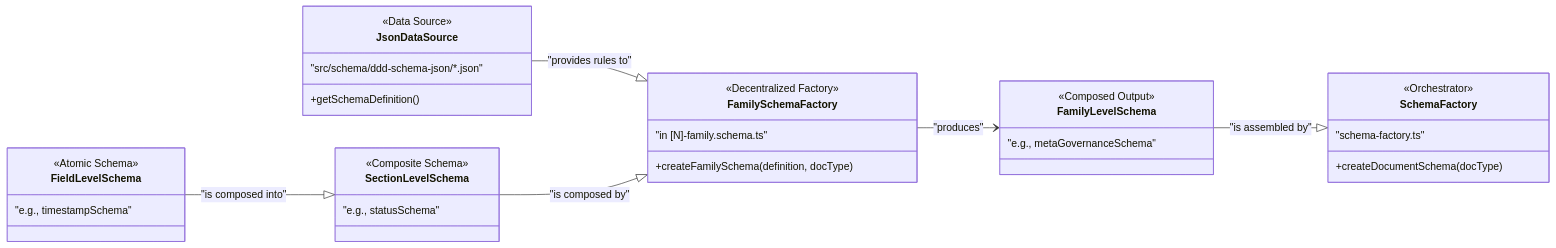
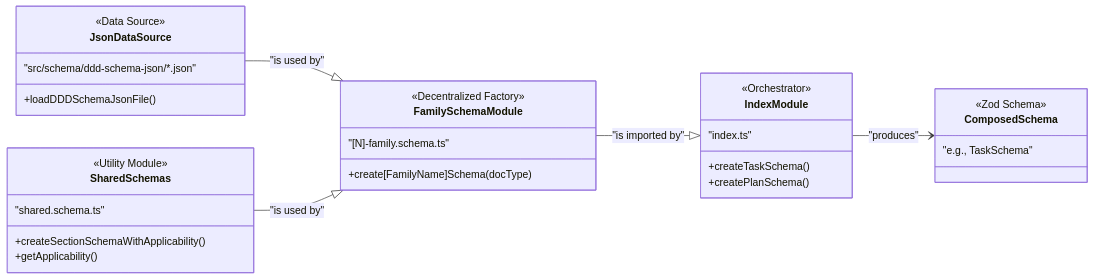
The second of 4 diagrams in docs/requirements/p1-p6.t32-define-section-content-schemas.task.md (livelifelively/documentation-driven-development-tools), drawn with Mermaid before and after one commit. The commit also changed other lines of this file and 2 other files, not shown here.

````diff
--- a/docs/requirements/p1-p6.t32-define-section-content-schemas.task.md
+++ b/docs/requirements/p1-p6.t32-define-section-content-schemas.task.md
@@ -137,44 +137,41 @@
 ```mermaid
 classDiagram
     direction LR
 
     class JsonDataSource {
         <<Data Source>>
         "src/schema/ddd-schema-json/*.json"
-        +getSchemaDefinition()
+        +loadDDDSchemaJsonFile()
     }
 
-    class FieldLevelSchema {
-        <<Atomic Schema>>
-        "e.g., timestampSchema"
+    class SharedSchemas {
+        <<Utility Module>>
+        "shared.schema.ts"
+        +createSectionSchemaWithApplicability()
+        +getApplicability()
     }
 
-    class SectionLevelSchema {
-        <<Composite Schema>>
-        "e.g., statusSchema"
+    class FamilySchemaModule {
+        <<Decentralized Factory>>
+        "[N]-family.schema.ts"
+        +create[FamilyName]Schema(docType)
     }
 
-    class FamilySchemaFactory {
-        <<Decentralized Factory>>
-        "in [N]-family.schema.ts"
-        +createFamilySchema(definition, docType)
+    class IndexModule {
+        <<Orchestrator>>
+        "index.ts"
+        +createTaskSchema()
+        +createPlanSchema()
     }
 
-    class FamilyLevelSchema {
-        <<Composed Output>>
-        "e.g., metaGovernanceSchema"
+    class ComposedSchema {
+        <<Zod Schema>>
+        "e.g., TaskSchema"
     }
 
-    class SchemaFactory {
-        <<Orchestrator>>
-        "schema-factory.ts"
-        +createDocumentSchema(docType)
-    }
-
-    JsonDataSource --|> FamilySchemaFactory : "provides rules to"
-    FieldLevelSchema --|> SectionLevelSchema : "is composed into"
-    SectionLevelSchema --|> FamilySchemaFactory : "is composed by"
-    FamilySchemaFactory --> FamilyLevelSchema : "produces"
-    FamilyLevelSchema --|> SchemaFactory : "is assembled by"
+    JsonDataSource --|> FamilySchemaModule : "is used by"
+    SharedSchemas --|> FamilySchemaModule : "is used by"
+    FamilySchemaModule --|> IndexModule : "is imported by"
+    IndexModule --> ComposedSchema : "produces"
 
 ```
````
